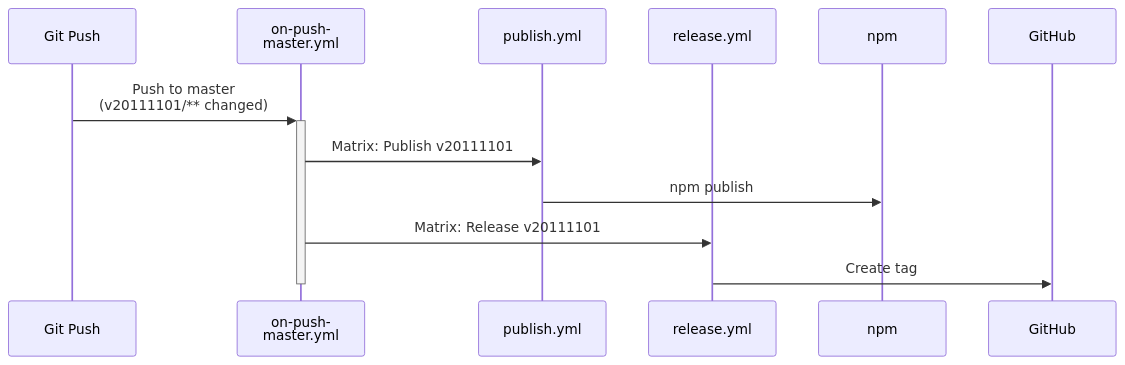
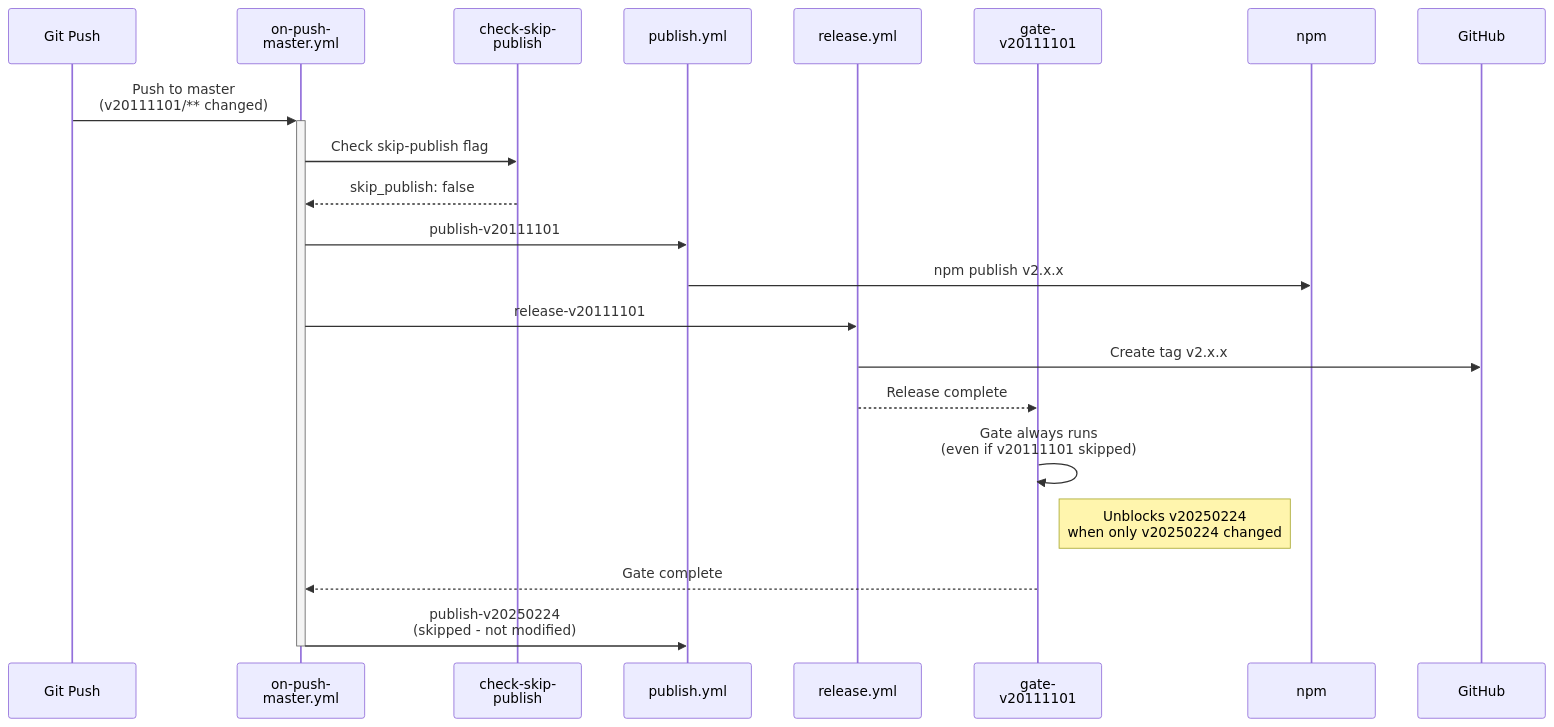
One commit to mxenabled/mx-platform-node changed the third of 3 diagrams in docs/Multi-Version-SDK-Flow.md. Above: the diagram before and after it, drawn with Mermaid. The commit also changed other lines of this file and 5 other files, not shown here.

````diff
--- a/docs/Multi-Version-SDK-Flow.md
+++ b/docs/Multi-Version-SDK-Flow.md
@@ -123,16 +123,25 @@
 ```mermaid
 sequenceDiagram
     participant Push as Git Push
     participant Auto as on-push-<br/>master.yml
+    participant skip as check-skip-<br/>publish
     participant pub as publish.yml
     participant rel as release.yml
+    participant gate as gate-<br/>v20111101
     participant npm as npm
     participant GHRel as GitHub
 
     Push->>+Auto: Push to master<br/>(v20111101/** changed)
-    Auto->>pub: Matrix: Publish v20111101
-    pub->>npm: npm publish
-    Auto->>rel: Matrix: Release v20111101
-    rel->>GHRel: Create tag
+    Auto->>skip: Check skip-publish flag
+    skip-->>Auto: skip_publish: false
+    Auto->>pub: publish-v20111101
+    pub->>npm: npm publish v2.x.x
+    Auto->>rel: release-v20111101
+    rel->>GHRel: Create tag v2.x.x
+    rel-->>gate: Release complete
+    gate->>gate: Gate always runs<br/>(even if v20111101 skipped)
+    note right of gate: Unblocks v20250224<br/>when only v20250224 changed
+    gate-->>Auto: Gate complete
+    Auto->>pub: publish-v20250224<br/>(skipped - not modified)
     deactivate Auto
 ```
````
